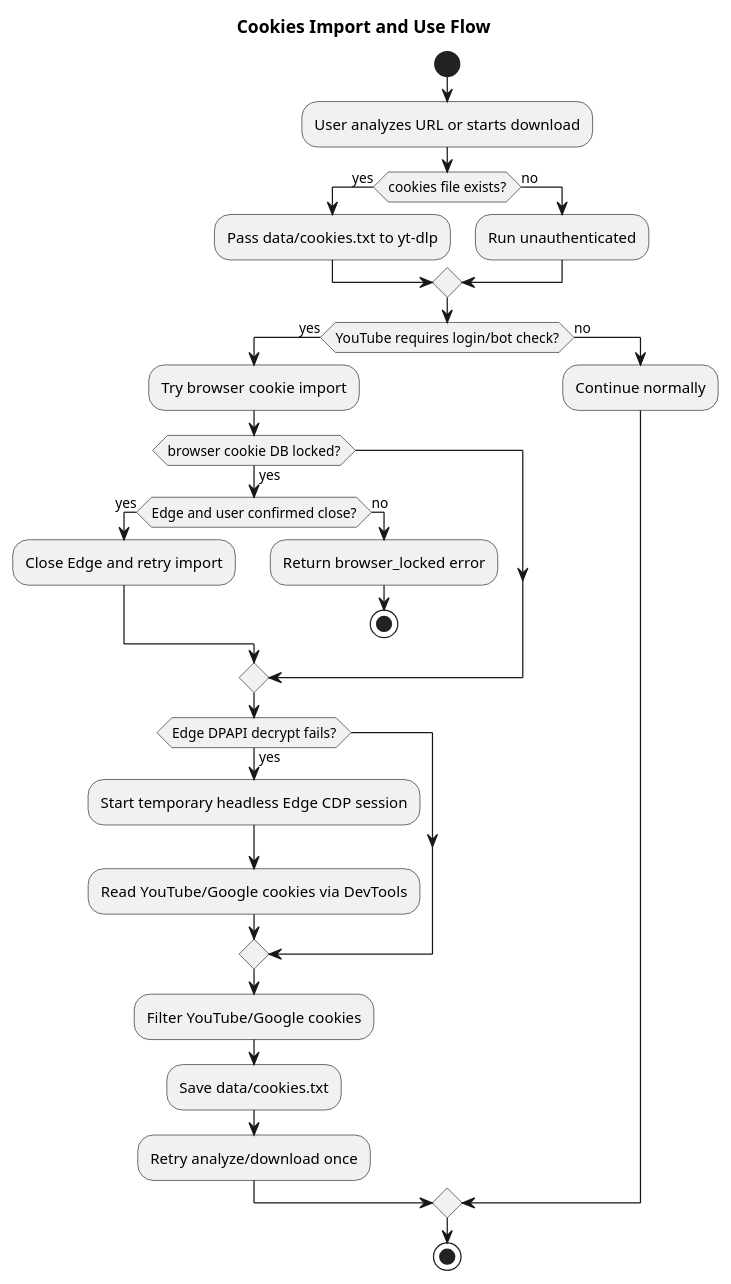
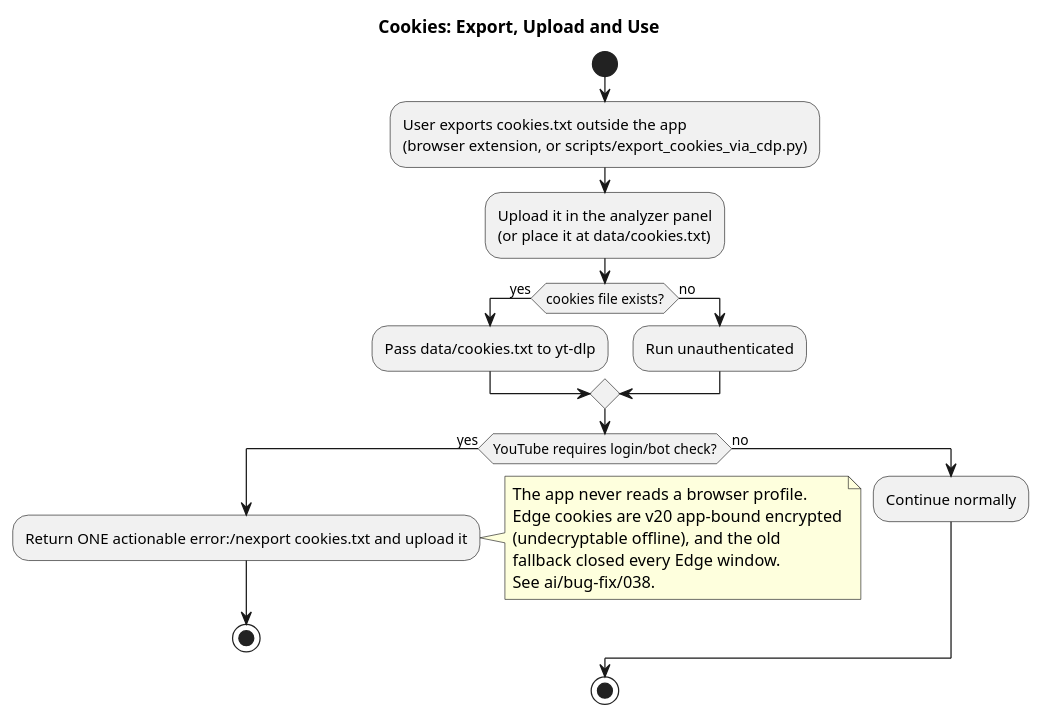
The diagram in docs/diagrams/cookies-flow.puml (0xaiio/cascade), drawn with PlantUML before and after one commit. The commit also changed 58 other files, not shown here.

First line of the commit message:
refactor(cookies): 移除浏览器导入入口 —— 只留「导出后上传」，删掉会杀 Edge 进程的失败分支

```diff
--- a/docs/diagrams/cookies-flow.puml
+++ b/docs/diagrams/cookies-flow.puml
@@ -1,37 +1,29 @@
 @startuml
-title Cookies Import and Use Flow
+title Cookies: Export, Upload and Use
 skinparam shadowing false
 
 start
-:User analyzes URL or starts download;
+:User exports cookies.txt outside the app\n(browser extension, or scripts/export_cookies_via_cdp.py);
+:Upload it in the analyzer panel\n(or place it at data/cookies.txt);
 if (cookies file exists?) then (yes)
   :Pass data/cookies.txt to yt-dlp;
 else (no)
   :Run unauthenticated;
 endif
 
 if (YouTube requires login/bot check?) then (yes)
-  :Try browser cookie import;
-  if (browser cookie DB locked?) then (yes)
-    if (Edge and user confirmed close?) then (yes)
-      :Close Edge and retry import;
-    else (no)
-      :Return browser_locked error;
-      stop
-    endif
-  endif
-
-  if (Edge DPAPI decrypt fails?) then (yes)
-    :Start temporary headless Edge CDP session;
-    :Read YouTube/Google cookies via DevTools;
-  endif
-
-  :Filter YouTube/Google cookies;
-  :Save data/cookies.txt;
-  :Retry analyze/download once;
+  :Return ONE actionable error:/nexport cookies.txt and upload it;
+  note right
+    The app never reads a browser profile.
+    Edge cookies are v20 app-bound encrypted
+    (undecryptable offline), and the old
+    fallback closed every Edge window.
+    See ai/bug-fix/038.
+  end note
+  stop
 else (no)
   :Continue normally;
 endif
 
 stop
 @enduml
```
